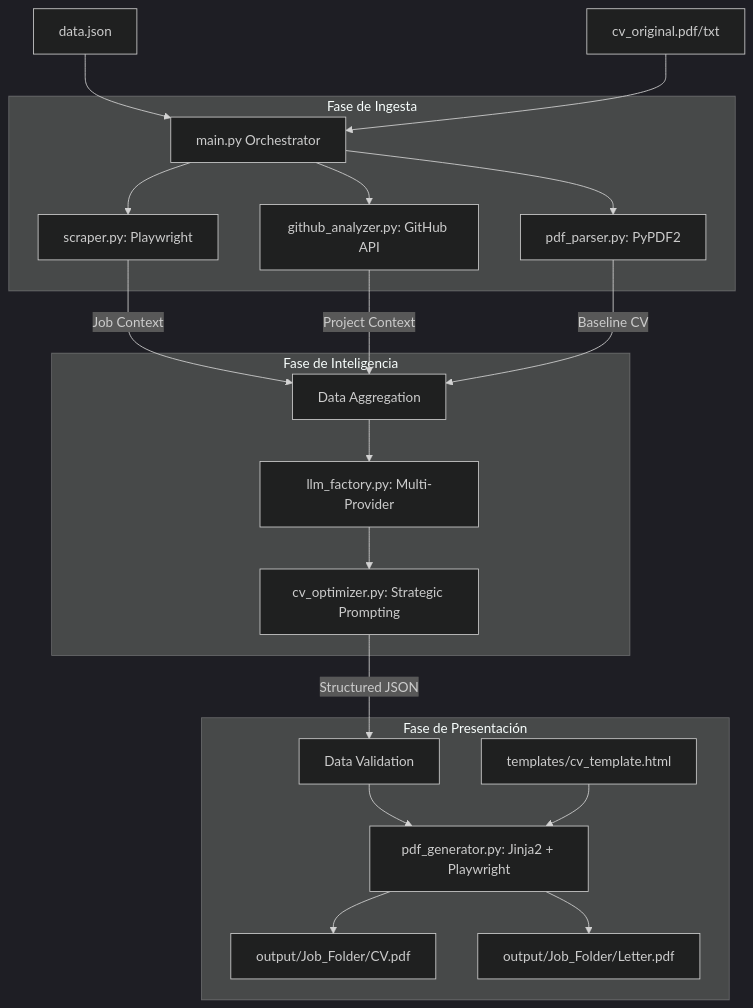
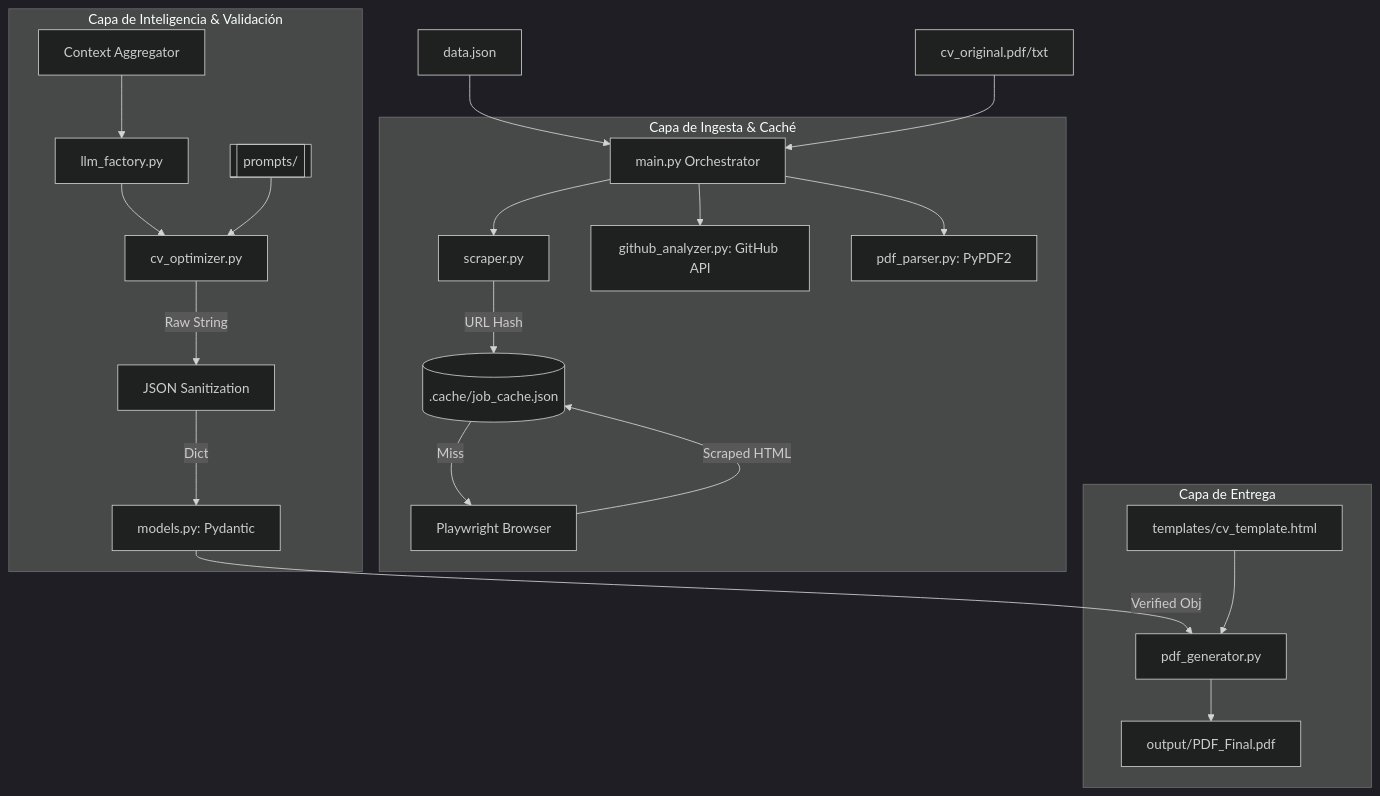
The diagram in architecture_analysis.md (Ro0oman/pythonCVGenerator), drawn with Mermaid (dark theme) before and after one commit. The commit also changed other lines of this file and 17 other files, not shown here.

Commit message:
feat: implement modular pipeline architecture with LLM provider factory and cost tracking system

````diff
--- a/architecture_analysis.md
+++ b/architecture_analysis.md
@@ -11,29 +11,28 @@
 ```mermaid
 graph TD
     A[data.json] --> B[main.py Orchestrator]
     C[cv_original.pdf/txt] --> B
     
-    subgraph "Fase de Ingesta"
-        B --> D[scraper.py: Playwright]
+    subgraph "Capa de Ingesta & Caché"
+        B --> D[scraper.py]
+        D -->|URL Hash| CACHE[(.cache/job_cache.json)]
+        CACHE -->|Miss| PW[Playwright Browser]
+        PW -->|Scraped HTML| CACHE
         B --> E[github_analyzer.py: GitHub API]
         B --> F[pdf_parser.py: PyPDF2]
     end
     
-    D -->|Job Context| G[Data Aggregation]
-    E -->|Project Context| G
-    F -->|Baseline CV| G
-    
-    subgraph "Fase de Inteligencia"
-        G --> H[llm_factory.py: Multi-Provider]
-        H --> I[cv_optimizer.py: Strategic Prompting]
+    subgraph "Capa de Inteligencia & Validación"
+        G[Context Aggregator] --> H[llm_factory.py]
+        H --> I[cv_optimizer.py]
+        P_DIR[[prompts/]] --> I
+        I -->|Raw String| SAN[JSON Sanitization]
+        SAN -->|Dict| PYD[models.py: Pydantic]
     end
     
-    I -->|Structured JSON| J[Data Validation]
-    
-    subgraph "Fase de Presentación"
-        J --> K[pdf_generator.py: Jinja2 + Playwright]
+    subgraph "Capa de Entrega"
+        PYD -->|Verified Obj| K[pdf_generator.py]
         L[templates/cv_template.html] --> K
-        K --> M[output/Job_Folder/CV.pdf]
-        K --> N[output/Job_Folder/Letter.pdf]
+        K --> M[output/PDF_Final.pdf]
     end
 ```
````
